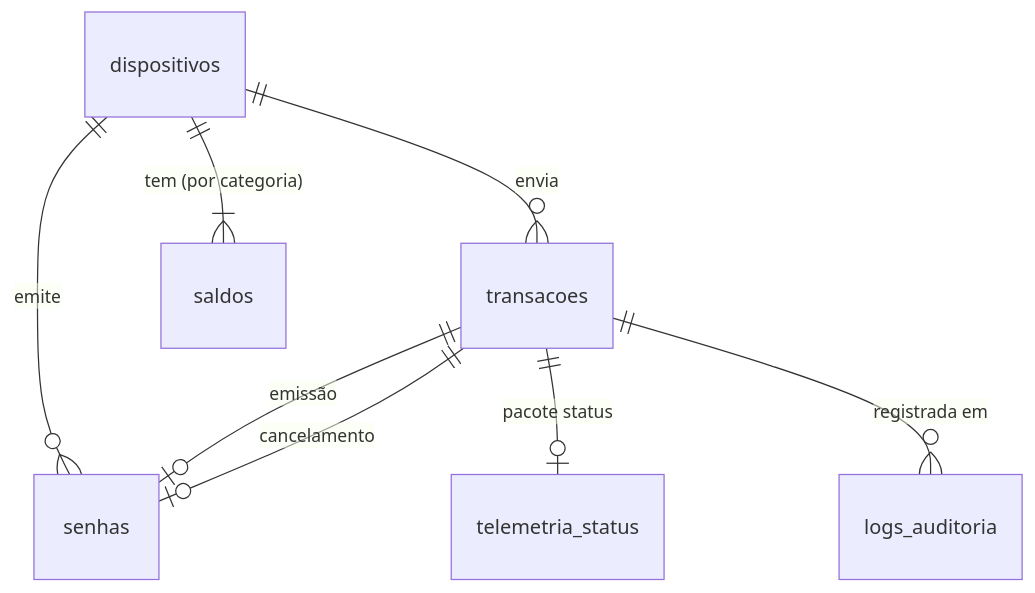
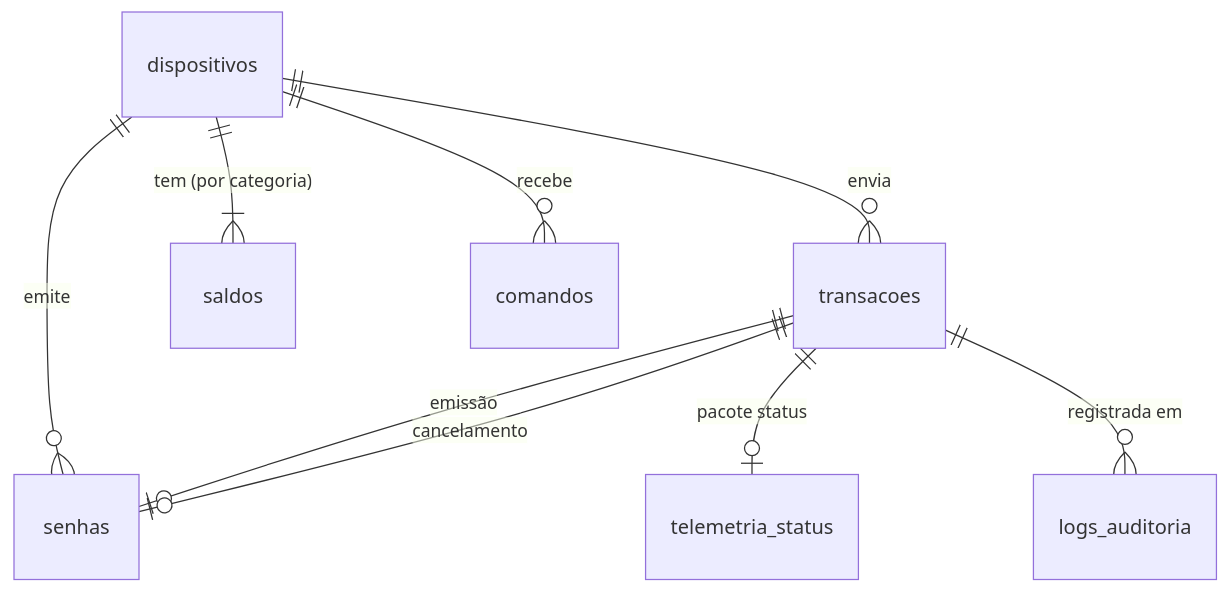
Before and after one commit to RedAkasha/telemetria-esp32-equipenexusdata: the diagram in database/README.md, drawn with Mermaid. The commit also changed other lines of this file and 5 other files, not shown here.

````diff
--- a/database/README.md
+++ b/database/README.md
@@ -9,10 +9,11 @@
 ```mermaid
 erDiagram
     dispositivos ||--o{ transacoes : "envia"
     dispositivos ||--o{ senhas : "emite"
     dispositivos ||--|{ saldos : "tem (por categoria)"
     transacoes ||--o| senhas : "emissão"
     transacoes ||--o| senhas : "cancelamento"
     transacoes ||--o| telemetria_status : "pacote status"
     transacoes ||--o{ logs_auditoria : "registrada em"
+    dispositivos ||--o{ comandos : "recebe"
 ```
````
